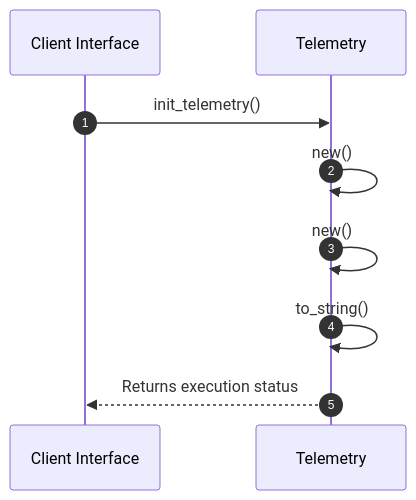
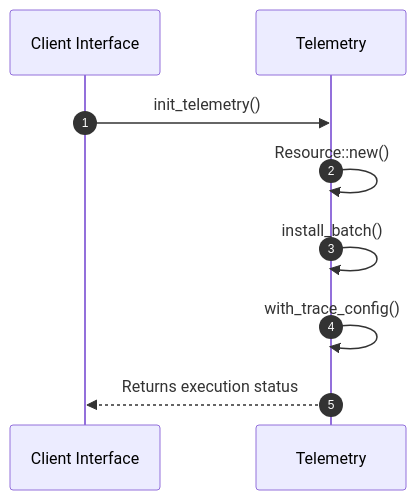
The second of 2 diagrams in openwiki/modules/src/infrastructure/telemetry.md (lgcorzo/fastapi-autogen-team), drawn with Mermaid before and after one commit. The commit also changed other lines of this file and 33 other files, not shown here.

Commit message:
Fix PlantUML syntax, missing diagrams, and link formatting in doc generator

````diff
--- a/openwiki/modules/src/infrastructure/telemetry.md
+++ b/openwiki/modules/src/infrastructure/telemetry.md
@@ -38,11 +38,11 @@
 ```mermaid
 sequenceDiagram
     autonumber
     participant Caller as Client Interface
     participant Svc as Telemetry
     Caller->>Svc: init_telemetry()
-    Svc->>Svc: new()
-    Svc->>Svc: new()
-    Svc->>Svc: to_string()
+    Svc->>Svc: Resource::new()
+    Svc->>Svc: install_batch()
+    Svc->>Svc: with_trace_config()
     Svc-->>Caller: Returns execution status
 ```
````
